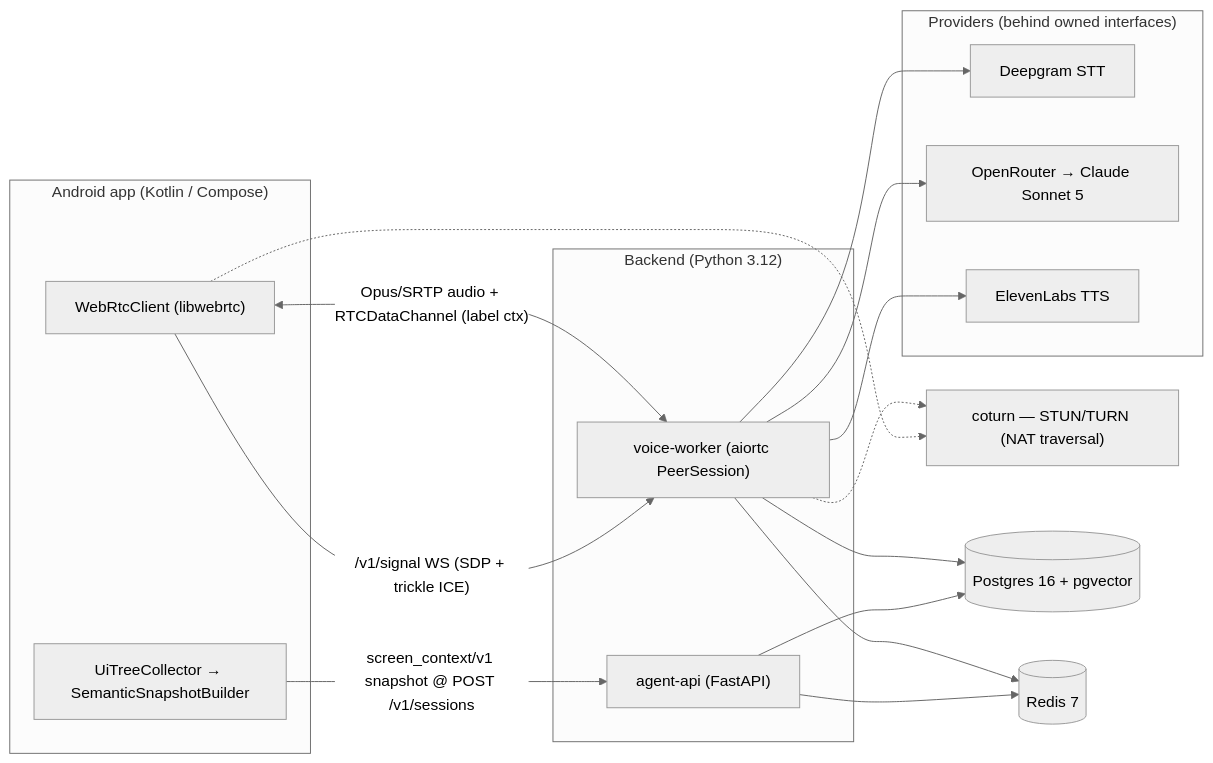
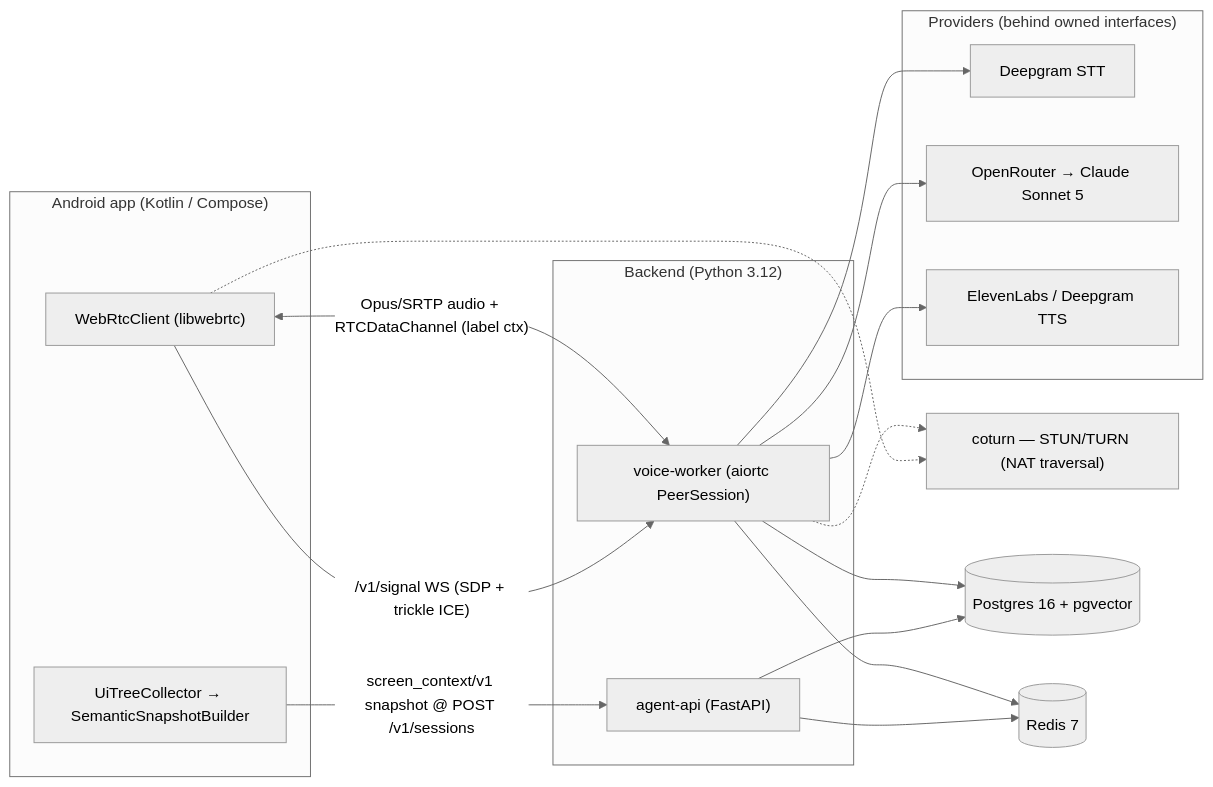
The diagram in README.md (bibekanandan892/vyaparpay-voice-agent), drawn with Mermaid (neutral theme) before and after one commit. The commit also changed other lines of this file, not shown here.

First line of the commit message:
docs: refresh README after PR #71 (post-call finalize + protocol/schemas fixes)

````diff
--- a/README.md
+++ b/README.md
@@ -127,32 +129,32 @@
 ```mermaid
 flowchart LR
     subgraph Android["Android app (Kotlin / Compose)"]
         UI["UiTreeCollector → SemanticSnapshotBuilder"]
         RTC["WebRtcClient (libwebrtc)"]
     end
     TURN["coturn — STUN/TURN (NAT traversal)"]
     subgraph Backend["Backend (Python 3.12)"]
         API["agent-api (FastAPI)"]
         VW["voice-worker (aiortc PeerSession)"]
     end
     subgraph Providers["Providers (behind owned interfaces)"]
         STT["Deepgram STT"]
         LLM["OpenRouter → Claude Sonnet 5"]
-        TTS["ElevenLabs TTS"]
+        TTS["ElevenLabs / Deepgram TTS"]
     end
     DB[("Postgres 16 + pgvector")]
     RD[("Redis 7")]
 
     UI -->|"screen_context/v1 snapshot @ POST /v1/sessions"| API
     RTC -->|"/v1/signal WS (SDP + trickle ICE)"| VW
     RTC <-->|"Opus/SRTP audio + RTCDataChannel (label ctx)"| VW
     RTC -.-> TURN
     VW -.-> TURN
     VW --> STT
     VW --> LLM
     VW --> TTS
     API --> DB
     API --> RD
     VW --> RD
     VW --> DB
 ```
````
